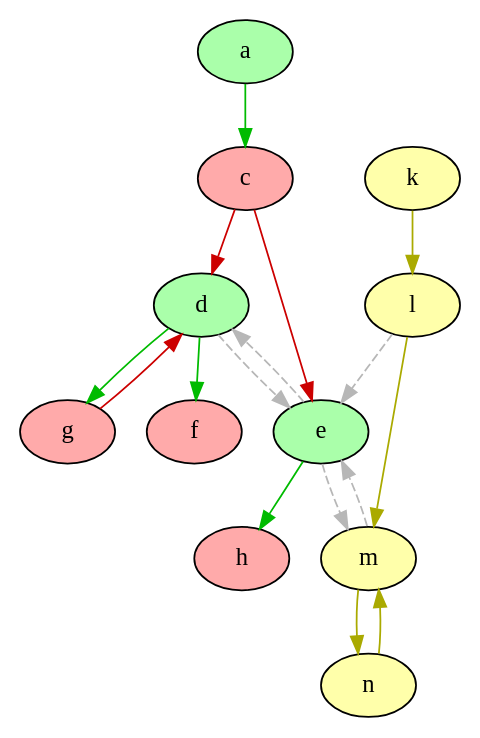
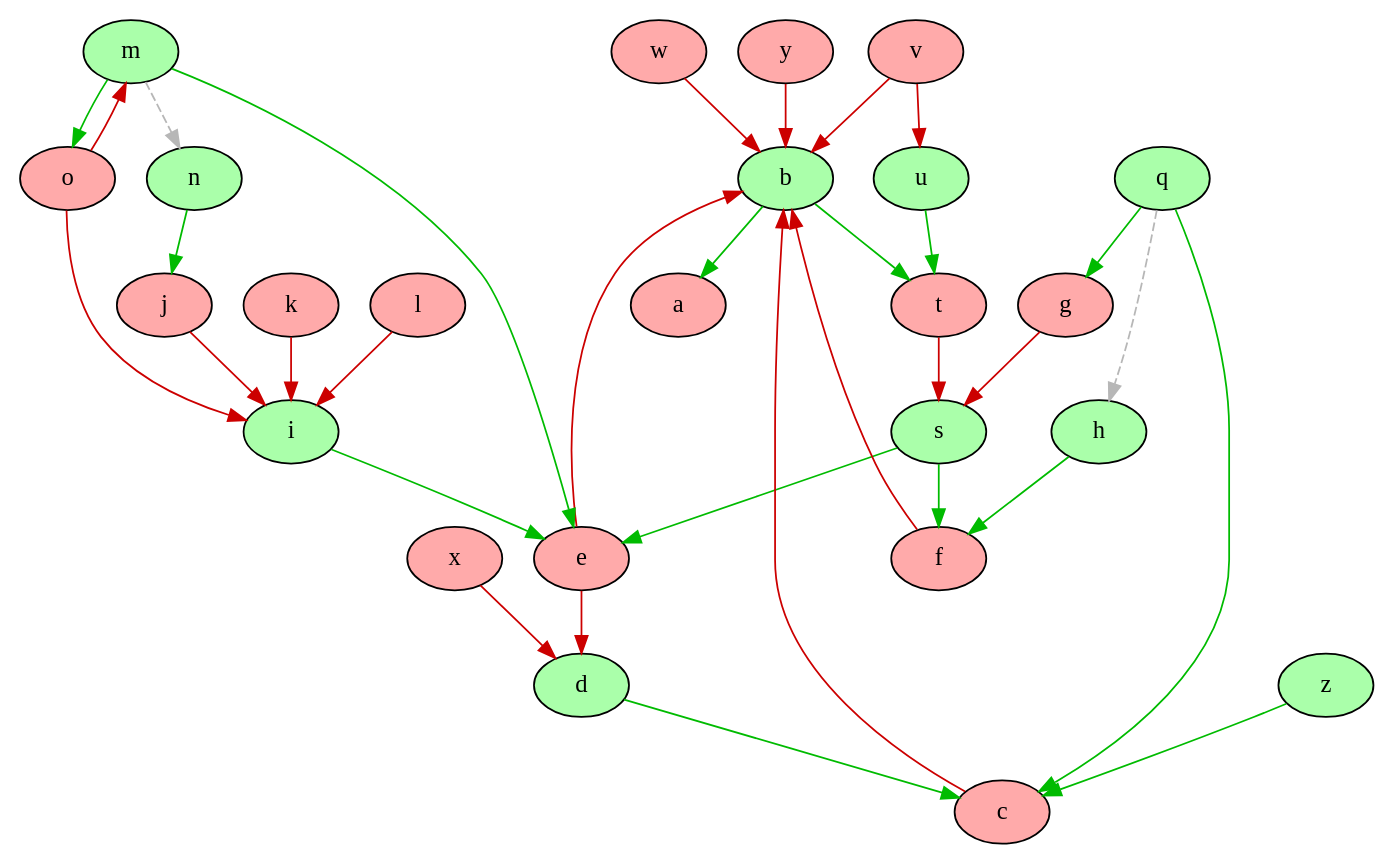
The diagram in XLoKR-2023/1-Vanilla_version/output/game_graph_colored.dot (idaks/Games-and-Argumentation), drawn with Graphviz before and after one commit. The commit also changed 26 other files, not shown here.

```diff
--- a/XLoKR-2023/1-Vanilla_version/output/game_graph_colored.dot
+++ b/XLoKR-2023/1-Vanilla_version/output/game_graph_colored.dot
@@ -1,61 +1,116 @@
 strict digraph "" {
-	a	[fillcolor="#AAFFAA",
+	b	[fillcolor="#AAFFAA",
 		style=filled];
+	a	[fillcolor="#FFAAAA",
+		style=filled];
+	b -> a	[color="#00BB00",
+		dir=forward];
+	t	[fillcolor="#FFAAAA",
+		style=filled];
+	b -> t	[color="#00BB00",
+		dir=forward];
+	s	[fillcolor="#AAFFAA",
+		style=filled];
+	t -> s	[color="#CC0000",
+		dir=forward];
+	e	[fillcolor="#FFAAAA",
+		style=filled];
+	s -> e	[color="#00BB00",
+		dir=forward];
+	f	[fillcolor="#FFAAAA",
+		style=filled];
+	s -> f	[color="#00BB00",
+		dir=forward];
 	c	[fillcolor="#FFAAAA",
 		style=filled];
-	a -> c	[color="#00BB00",
+	c -> b	[color="#CC0000",
 		dir=forward];
 	d	[fillcolor="#AAFFAA",
 		style=filled];
-	c -> d	[color="#CC0000",
+	d -> c	[color="#00BB00",
 		dir=forward];
-	e	[fillcolor="#AAFFAA",
-		style=filled];
-	c -> e	[color="#CC0000",
+	e -> b	[color="#CC0000",
 		dir=forward];
-	d -> e	[color="#b7b7b7",
-		dir=forward,
-		style=dashed];
-	f	[fillcolor="#FFAAAA",
-		style=filled];
-	d -> f	[color="#00BB00",
+	e -> d	[color="#CC0000",
+		dir=forward];
+	f -> b	[color="#CC0000",
 		dir=forward];
 	g	[fillcolor="#FFAAAA",
 		style=filled];
-	d -> g	[color="#00BB00",
+	g -> s	[color="#CC0000",
 		dir=forward];
-	e -> d	[color="#b7b7b7",
+	h	[fillcolor="#AAFFAA",
+		style=filled];
+	h -> f	[color="#00BB00",
+		dir=forward];
+	i	[fillcolor="#AAFFAA",
+		style=filled];
+	i -> e	[color="#00BB00",
+		dir=forward];
+	j	[fillcolor="#FFAAAA",
+		style=filled];
+	j -> i	[color="#CC0000",
+		dir=forward];
+	k	[fillcolor="#FFAAAA",
+		style=filled];
+	k -> i	[color="#CC0000",
+		dir=forward];
+	l	[fillcolor="#FFAAAA",
+		style=filled];
+	l -> i	[color="#CC0000",
+		dir=forward];
+	m	[fillcolor="#AAFFAA",
+		style=filled];
+	m -> e	[color="#00BB00",
+		dir=forward];
+	o	[fillcolor="#FFAAAA",
+		style=filled];
+	m -> o	[color="#00BB00",
+		dir=forward];
+	n	[fillcolor="#AAFFAA",
+		style=filled];
+	m -> n	[color="#b7b7b7",
 		dir=forward,
 		style=dashed];
-	m	[fillcolor="#FFFFAA",
+	o -> i	[color="#CC0000",
+		dir=forward];
+	o -> m	[color="#CC0000",
+		dir=forward];
+	n -> j	[color="#00BB00",
+		dir=forward];
+	q	[fillcolor="#AAFFAA",
 		style=filled];
-	e -> m	[color="#b7b7b7",
+	q -> c	[color="#00BB00",
+		dir=forward];
+	q -> g	[color="#00BB00",
+		dir=forward];
+	q -> h	[color="#b7b7b7",
 		dir=forward,
 		style=dashed];
-	h	[fillcolor="#FFAAAA",
+	u	[fillcolor="#AAFFAA",
 		style=filled];
-	e -> h	[color="#00BB00",
+	u -> t	[color="#00BB00",
 		dir=forward];
-	k	[fillcolor="#FFFFAA",
+	v	[fillcolor="#FFAAAA",
 		style=filled];
-	l	[fillcolor="#FFFFAA",
+	v -> b	[color="#CC0000",
+		dir=forward];
+	v -> u	[color="#CC0000",
+		dir=forward];
+	w	[fillcolor="#FFAAAA",
 		style=filled];
-	k -> l	[color="#AAAA00",
+	w -> b	[color="#CC0000",
 		dir=forward];
-	l -> e	[color="#b7b7b7",
-		dir=forward,
-		style=dashed];
-	l -> m	[color="#AAAA00",
+	x	[fillcolor="#FFAAAA",
+		style=filled];
+	x -> d	[color="#CC0000",
 		dir=forward];
-	m -> e	[color="#b7b7b7",
-		dir=forward,
-		style=dashed];
-	n	[fillcolor="#FFFFAA",
+	y	[fillcolor="#FFAAAA",
 		style=filled];
-	m -> n	[color="#AAAA00",
+	y -> b	[color="#CC0000",
 		dir=forward];
-	g -> d	[color="#CC0000",
-		dir=forward];
-	n -> m	[color="#AAAA00",
+	z	[fillcolor="#AAFFAA",
+		style=filled];
+	z -> c	[color="#00BB00",
 		dir=forward];
 }
```
